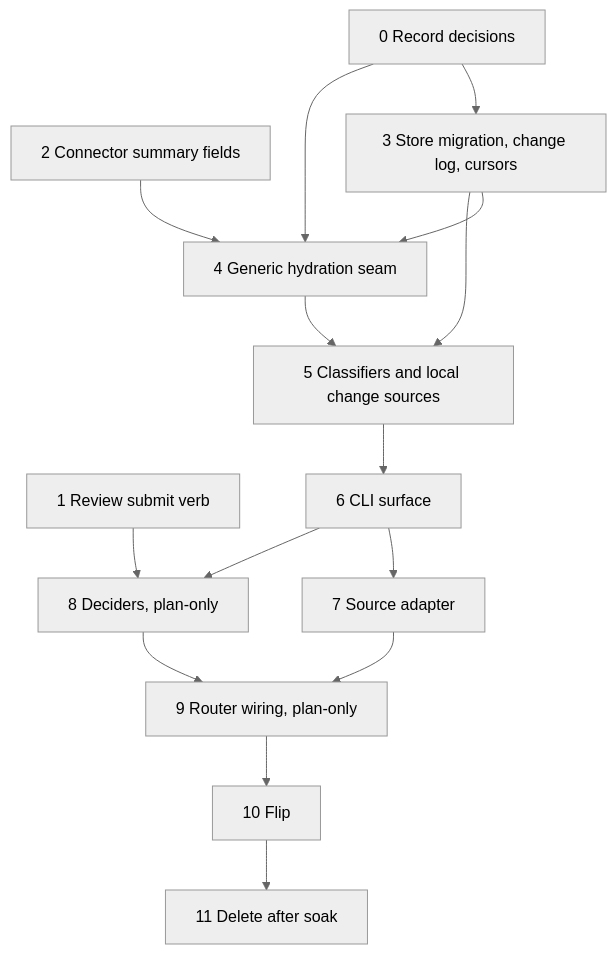
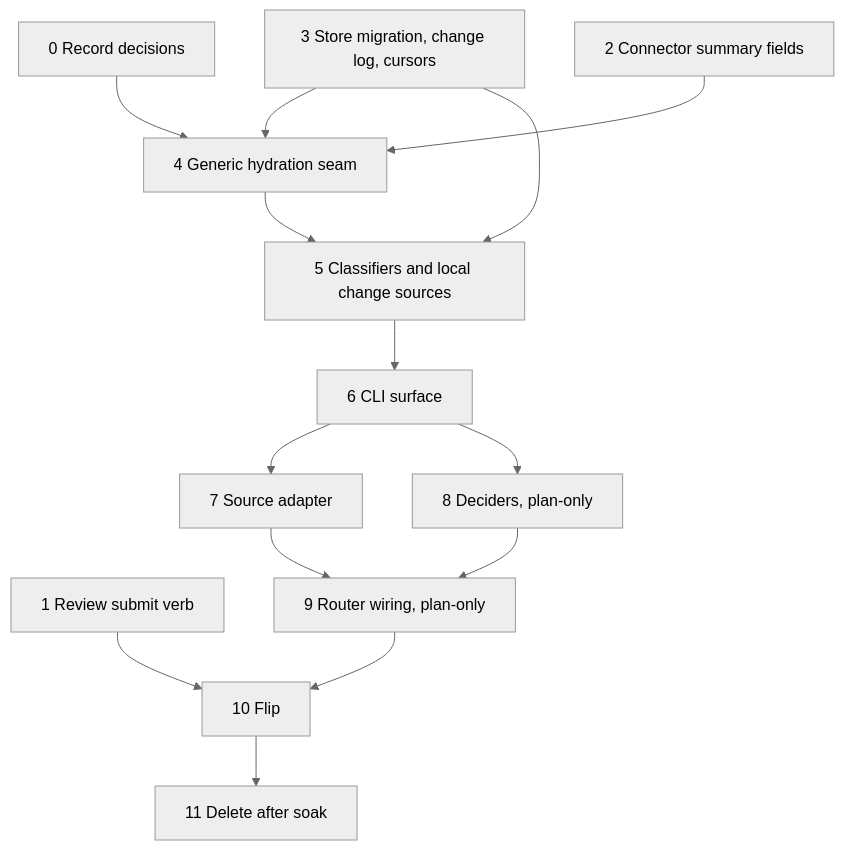
One commit to phillipgreenii/nix-agent-support changed the diagram in docs/superpowers/plans/2026-09-29-entity-change-flow-implementation-plan.md. Above: the diagram before and after it, drawn with Mermaid (neutral theme). The commit also changed other lines of this file and 1 other file, not shown here.

````diff
--- a/docs/superpowers/plans/2026-09-29-entity-change-flow-implementation-plan.md
+++ b/docs/superpowers/plans/2026-09-29-entity-change-flow-implementation-plan.md
@@ -79,29 +86,28 @@
 ```mermaid
 flowchart TD
     P0["0 Record decisions"]
     P1["1 Review submit verb"]
     P2["2 Connector summary fields"]
     P3["3 Store migration, change log, cursors"]
     P4["4 Generic hydration seam"]
     P5["5 Classifiers and local change sources"]
     P6["6 CLI surface"]
     P7["7 Source adapter"]
     P8["8 Deciders, plan-only"]
     P9["9 Router wiring, plan-only"]
     P10["10 Flip"]
     P11["11 Delete after soak"]
-    P0 --> P3
     P0 --> P4
     P2 --> P4
     P3 --> P4
     P3 --> P5
     P4 --> P5
     P5 --> P6
     P6 --> P7
     P6 --> P8
-    P1 --> P8
+    P1 --> P10
     P7 --> P9
     P8 --> P9
     P9 --> P10
     P10 --> P11
 ```
````
